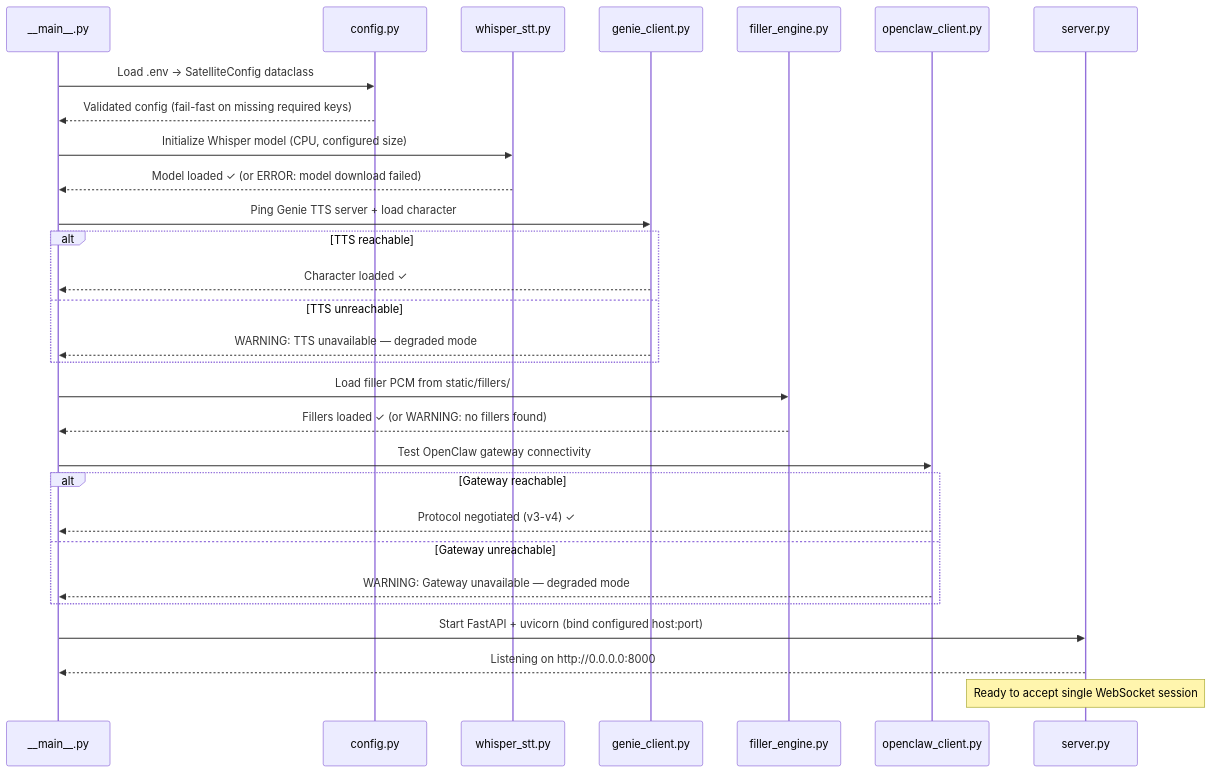
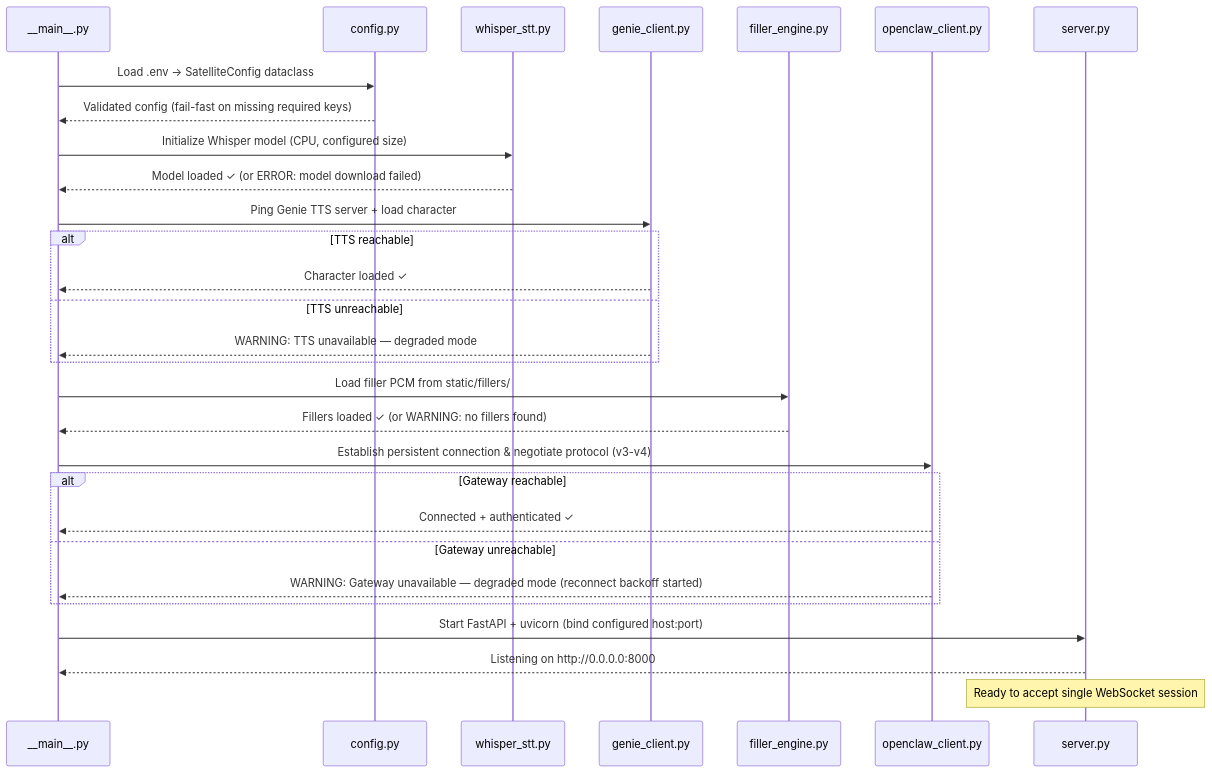
Before and after one commit to aiden-isaac/vocascade: the second of 3 diagrams in specs/001-voice-satellite-core/plan.md, drawn with Mermaid. The commit also changed other lines of this file and 7 other files, not shown here.

First line of the commit message:
docs: update specs for OpenClaw-only backend and Phase 8 tasks

````diff
--- a/specs/001-voice-satellite-core/plan.md
+++ b/specs/001-voice-satellite-core/plan.md
@@ -176,31 +163,31 @@
 ```mermaid
 sequenceDiagram
     participant CLI as __main__.py
     participant CFG as config.py
     participant STT as whisper_stt.py
     participant TTS as genie_client.py
     participant FIL as filler_engine.py
     participant GW as openclaw_client.py
     participant SRV as server.py
     CLI->>CFG: Load .env → SatelliteConfig dataclass
     CFG-->>CLI: Validated config (fail-fast on missing required keys)
     CLI->>STT: Initialize Whisper model (CPU, configured size)
     STT-->>CLI: Model loaded ✓ (or ERROR: model download failed)
     CLI->>TTS: Ping Genie TTS server + load character
     alt TTS reachable
         TTS-->>CLI: Character loaded ✓
     else TTS unreachable
         TTS-->>CLI: WARNING: TTS unavailable — degraded mode
     end
     CLI->>FIL: Load filler PCM from static/fillers/
     FIL-->>CLI: Fillers loaded ✓ (or WARNING: no fillers found)
-    CLI->>GW: Test OpenClaw gateway connectivity
+    CLI->>GW: Establish persistent connection & negotiate protocol (v3-v4)
     alt Gateway reachable
-        GW-->>CLI: Protocol negotiated (v3-v4) ✓
+        GW-->>CLI: Connected + authenticated ✓
     else Gateway unreachable
-        GW-->>CLI: WARNING: Gateway unavailable — degraded mode
+        GW-->>CLI: WARNING: Gateway unavailable — degraded mode (reconnect backoff started)
     end
     CLI->>SRV: Start FastAPI + uvicorn (bind configured host:port)
     SRV-->>CLI: Listening on http://0.0.0.0:8000
     Note over SRV: Ready to accept single WebSocket session
 ```
````
